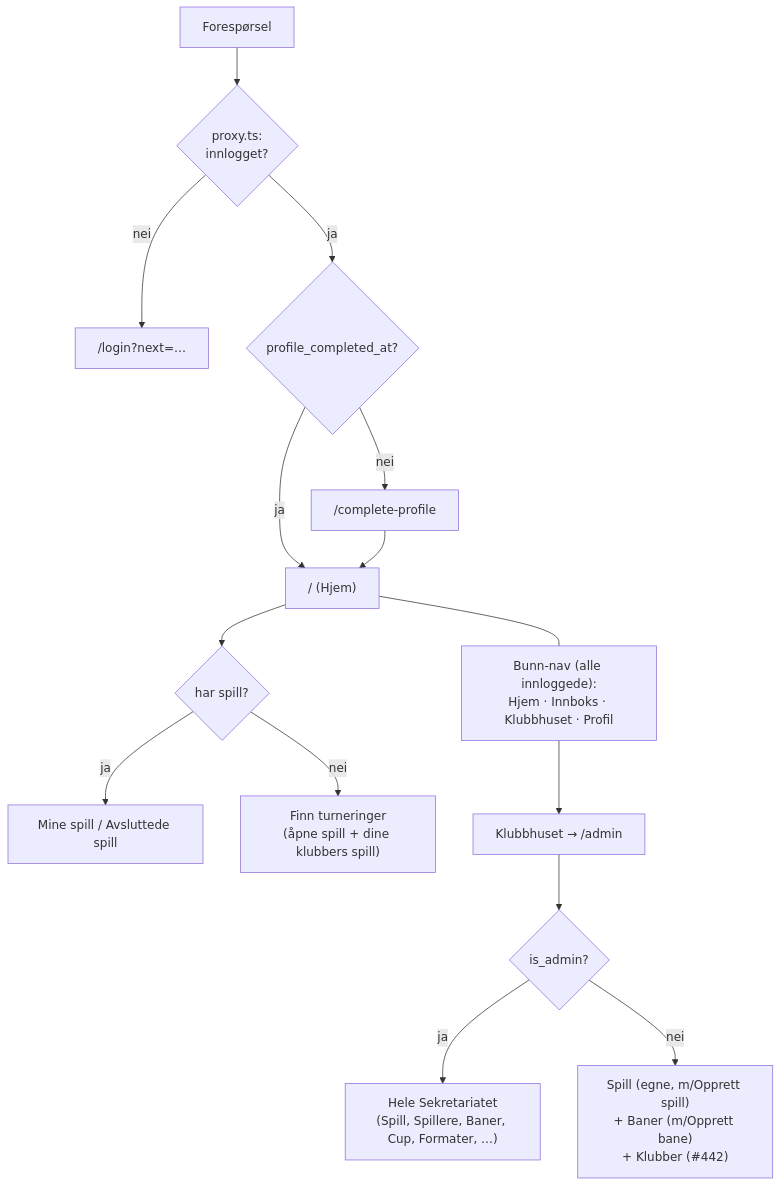
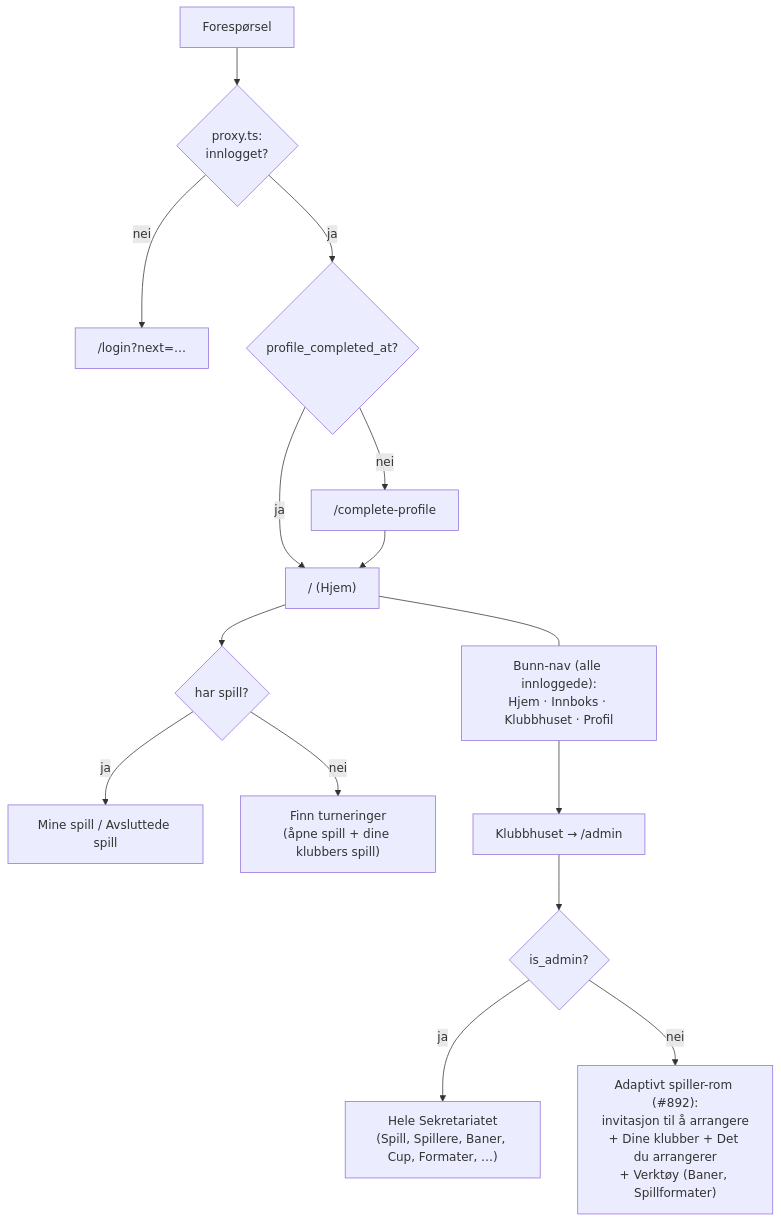
Before and after one commit to jdlarssen/golf-app: the first of 6 diagrams in docs/user-flows.md, drawn with Mermaid. The commit also changed other lines of this file, not shown here.

First line of the commit message:
docs(flows): player Klubbhuset is an adaptive room

````diff
--- a/docs/user-flows.md
+++ b/docs/user-flows.md
@@ -21,18 +21,18 @@
 ```mermaid
 flowchart TD
   Req[Forespørsel] --> P{proxy.ts:<br/>innlogget?}
   P -- nei --> L["/login?next=…"]
   P -- ja --> Prof{profile_completed_at?}
   Prof -- nei --> CP["/complete-profile"]
   Prof -- ja --> Home["/ (Hjem)"]
   CP --> Home
   Home --> PH{har spill?}
   PH -- ja --> List["Mine spill / Avsluttede spill"]
   PH -- nei --> Disc["Finn turneringer<br/>(åpne spill + dine klubbers spill)"]
   Nav["Bunn-nav (alle innloggede):<br/>Hjem · Innboks · Klubbhuset · Profil"]
   Home --- Nav
   Nav --> Klub["Klubbhuset → /admin"]
   Klub --> KP{is_admin?}
   KP -- ja --> Sek["Hele Sekretariatet<br/>(Spill, Spillere, Baner, Cup, Formater, …)"]
-  KP -- nei --> PlayerKlub["Spill (egne, m/Opprett spill)<br/>+ Baner (m/Opprett bane)<br/>+ Klubber (#442)"]
+  KP -- nei --> PlayerKlub["Adaptivt spiller-rom (#892):<br/>invitasjon til å arrangere<br/>+ Dine klubber + Det du arrangerer<br/>+ Verktøy (Baner, Spillformater)"]
 ```
````
